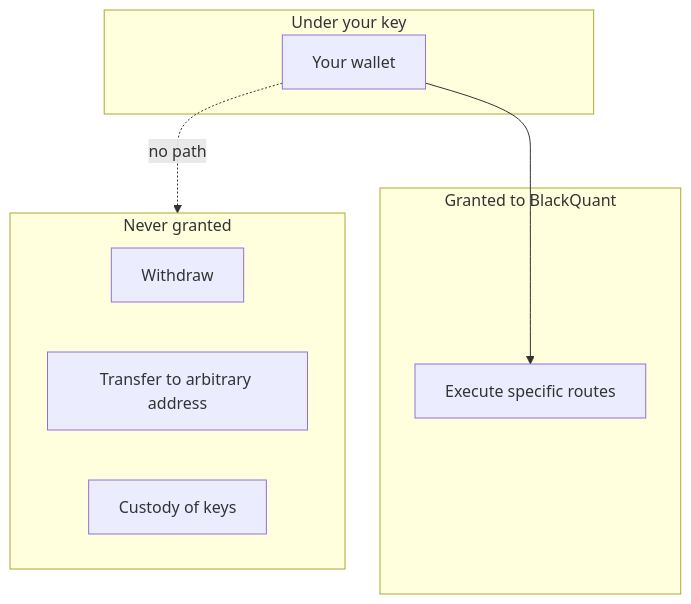
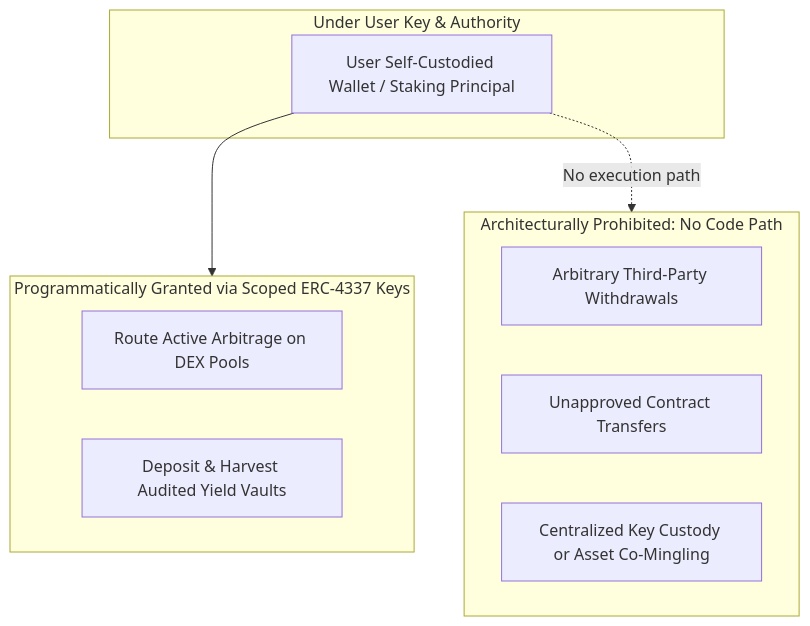
The diagram in security/custody-model.mdx (rempprandy/docs), drawn with Mermaid before and after one commit. The commit also changed other lines of this file and 37 other files, not shown here.

````diff
--- a/security/custody-model.mdx
+++ b/security/custody-model.mdx
@@ -13,16 +16,20 @@
 ```mermaid
 flowchart TB
-    subgraph Yours["Under your key"]
-        W[Your wallet]
+    subgraph Sovereign["Under User Key & Authority"]
+        W[User Self-Custodied Wallet / Staking Principal]
     end
-    subgraph Granted["Granted to BlackQuant"]
-        E[Execute specific routes]
+
+    subgraph Granted["Programmatically Granted via Scoped ERC-4337 Keys"]
+        E1[Route Active Arbitrage on DEX Pools]
+        E2[Deposit & Harvest Audited Yield Vaults]
     end
-    subgraph Never["Never granted"]
-        X[Withdraw]
-        Y[Transfer to arbitrary address]
-        Z[Custody of keys]
+
+    subgraph Restricted["Architecturally Prohibited: No Code Path"]
+        X[Arbitrary Third-Party Withdrawals]
+        Y[Unapproved Contract Transfers]
+        Z[Centralized Key Custody or Asset Co-Mingling]
     end
-    W --> E
-    W -.->|no path| Never
+
+    W --> Granted
+    W -.->|No execution path| Restricted
 ```
````
